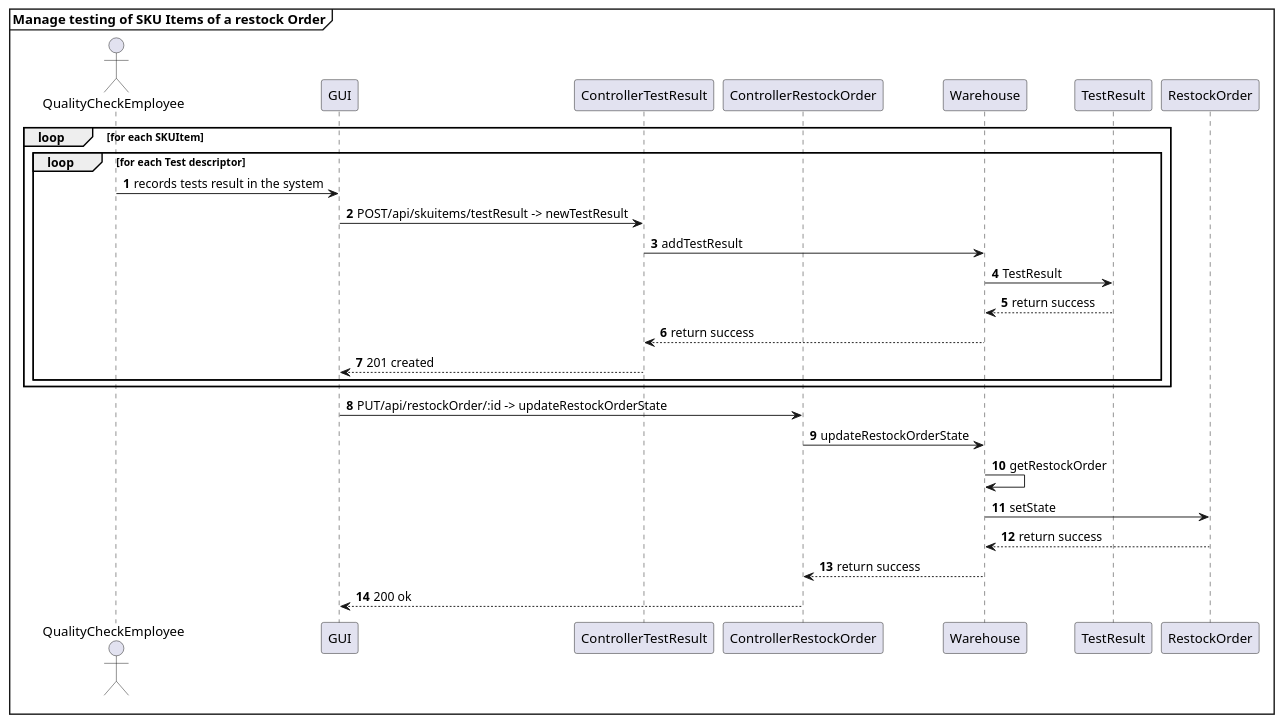
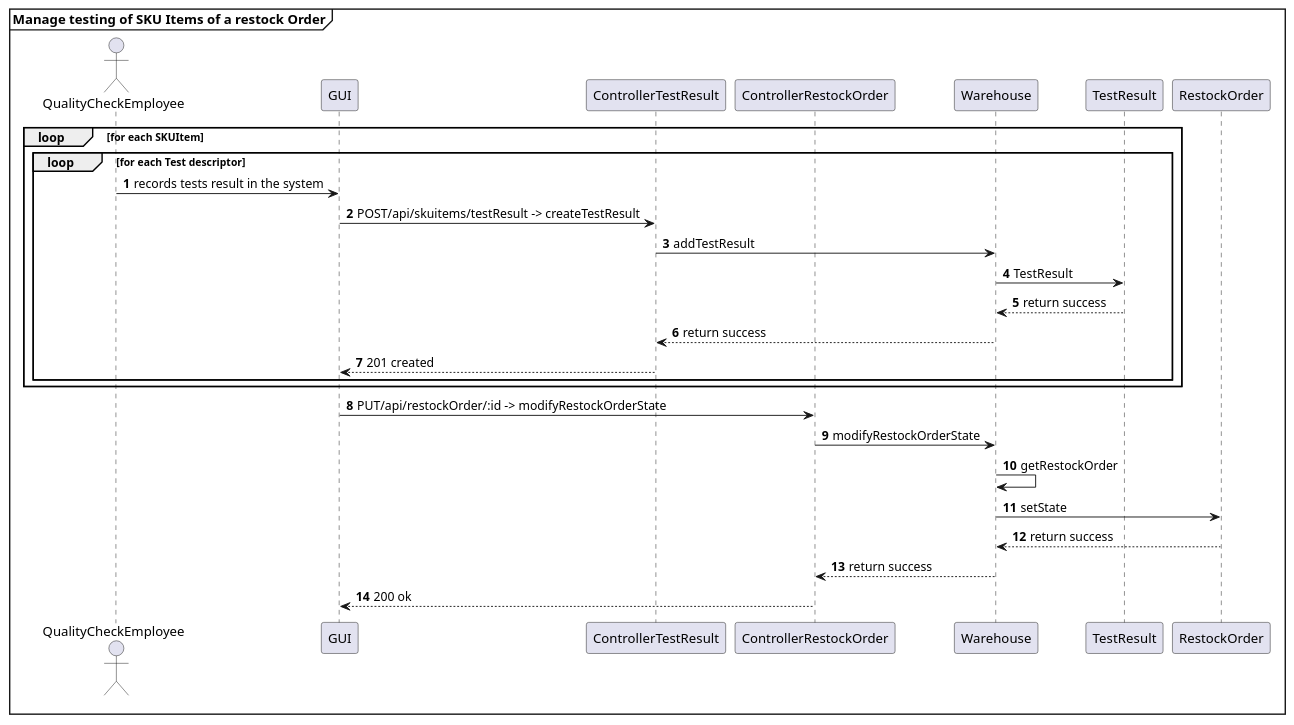
One commit to AlexZampa/EzWh changed diagram 16 of 30 in DesignDocument.md. Above: the diagram before and after it, drawn with PlantUML. The commit also changed other lines of this file, not shown here.

````diff
--- a/DesignDocument.md
+++ b/DesignDocument.md
@@ -872,33 +849,33 @@
 ```plantuml
 @startuml
 mainframe **Manage testing of SKU Items of a restock Order**
 actor QualityCheckEmployee
 participant GUI
 participant ControllerTestResult
 participant ControllerRestockOrder
 participant Warehouse
 participant TestResult
 participant RestockOrder
 
 autonumber
 loop for each SKUItem
   loop for each Test descriptor
     QualityCheckEmployee -> GUI : records tests result in the system 
-    GUI -> ControllerTestResult : POST/api/skuitems/testResult -> newTestResult
+    GUI -> ControllerTestResult : POST/api/skuitems/testResult -> createTestResult
     ControllerTestResult -> Warehouse : addTestResult
     Warehouse -> TestResult : TestResult
     Warehouse <-- TestResult : return success
     ControllerTestResult <-- Warehouse : return success
     GUI <-- ControllerTestResult : 201 created
   end loop
 end loop
-GUI -> ControllerRestockOrder : PUT/api/restockOrder/:id -> updateRestockOrderState
-ControllerRestockOrder -> Warehouse : updateRestockOrderState
+GUI -> ControllerRestockOrder : PUT/api/restockOrder/:id -> modifyRestockOrderState
+ControllerRestockOrder -> Warehouse : modifyRestockOrderState
 Warehouse -> Warehouse : getRestockOrder
 Warehouse -> RestockOrder : setState
 Warehouse <-- RestockOrder : return success
 ControllerRestockOrder <-- Warehouse : return success
 GUI <-- ControllerRestockOrder : 200 ok
 
 @enduml
 ```
````
